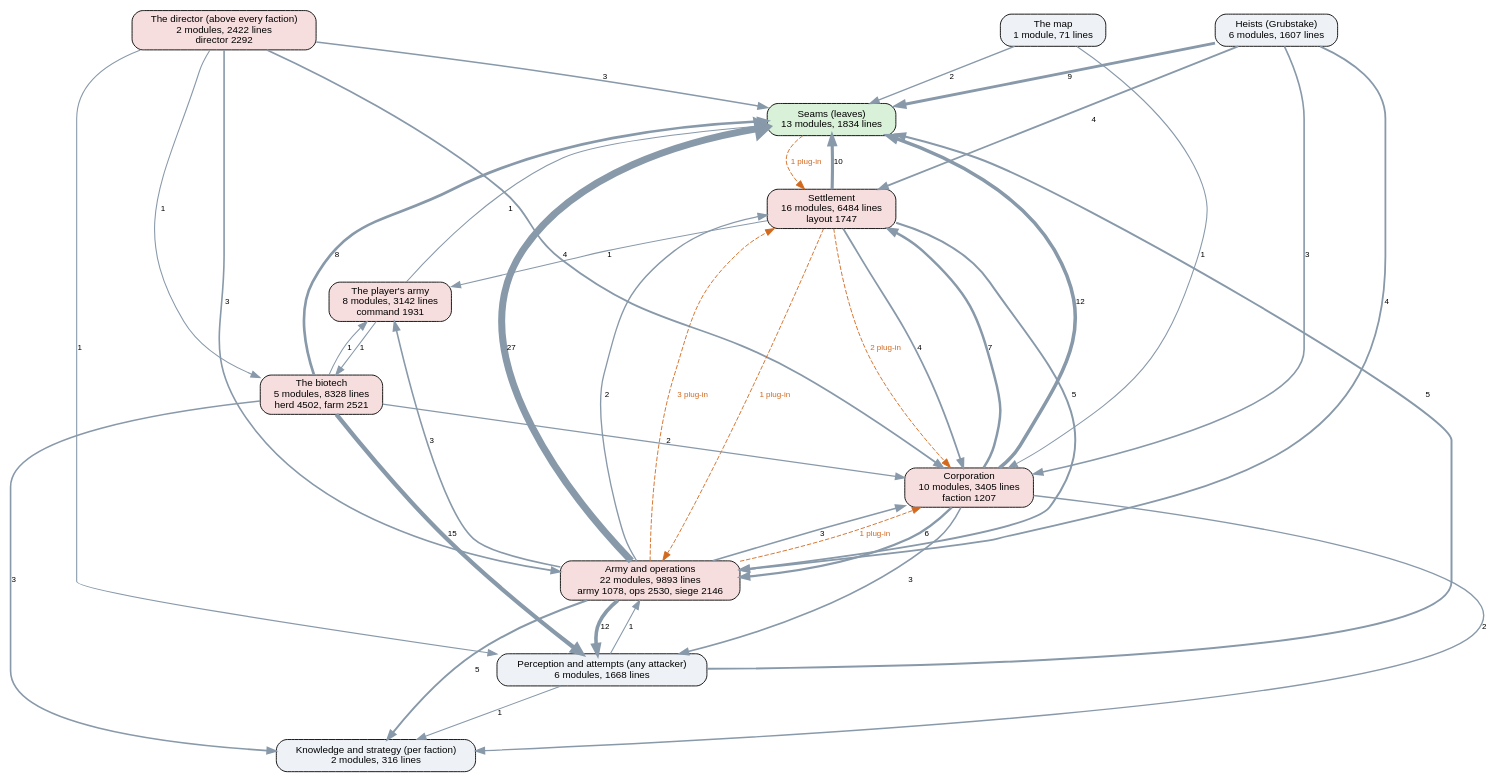
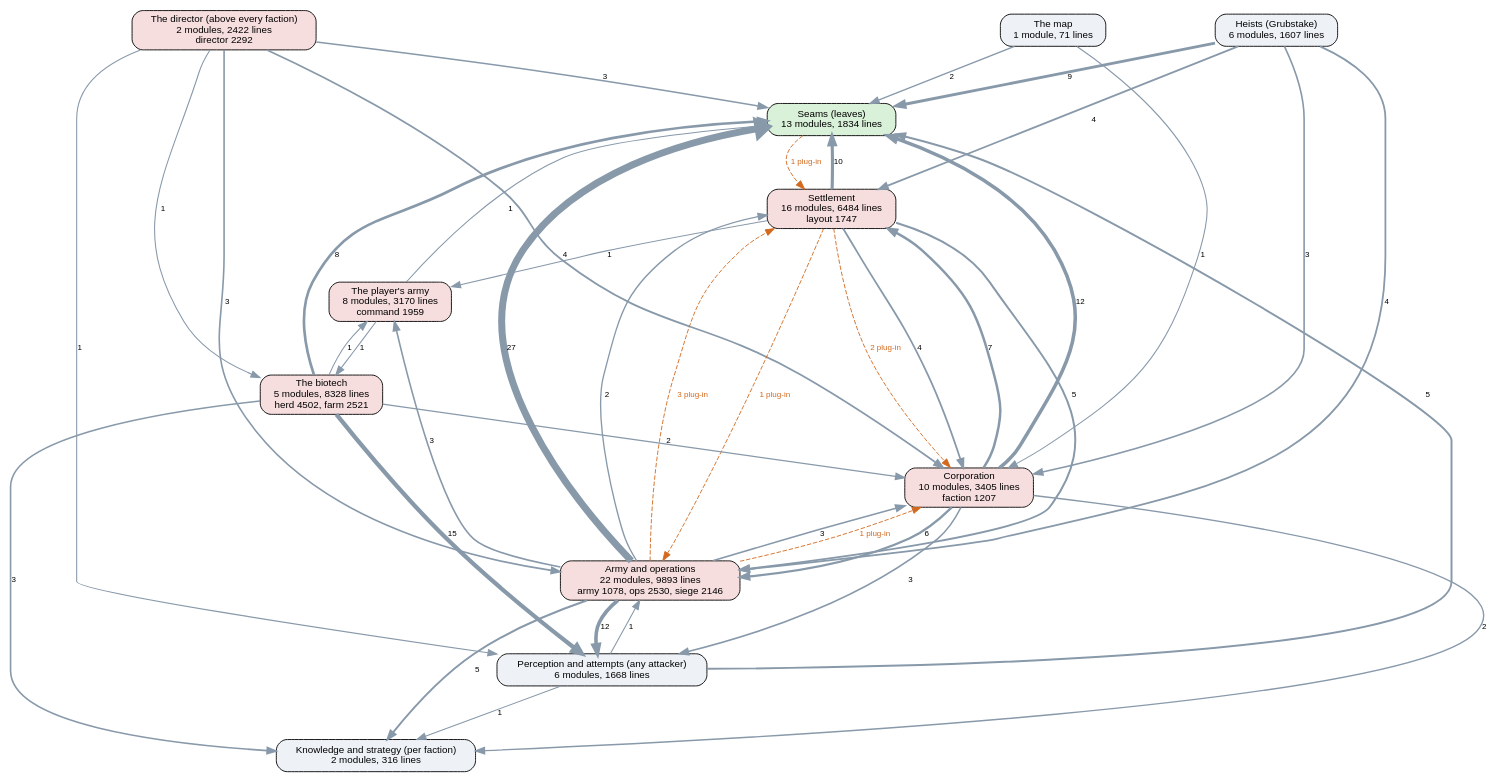
The diagram in docs/ai-layers.dot (kinelhu/landing-party), drawn with Graphviz before and after one commit. The commit also changed 17 other files, not shown here.

```diff
--- a/docs/ai-layers.dot
+++ b/docs/ai-layers.dot
@@ -1,57 +1,57 @@
 digraph layers {
   graph [rankdir=TB, fontname="Helvetica", nodesep=0.5, ranksep=0.7];
   node [shape=box, style="rounded,filled", fontname="Helvetica", fontsize=11, fillcolor="#eef2f7"];
   edge [color="#8899aa", fontname="Helvetica", fontsize=9];
   "Seams (leaves)" [label="Seams (leaves)\n13 modules, 1834 lines", fillcolor="#d9f0d9"];
   "Perception and attempts (any attacker)" [label="Perception and attempts (any attacker)\n6 modules, 1668 lines", fillcolor="#eef2f7"];
   "Knowledge and strategy (per faction)" [label="Knowledge and strategy (per faction)\n2 modules, 316 lines", fillcolor="#eef2f7"];
   "The director (above every faction)" [label="The director (above every faction)\n2 modules, 2422 lines\ndirector 2292", fillcolor="#f7dede"];
   "Corporation" [label="Corporation\n10 modules, 3405 lines\nfaction 1207", fillcolor="#f7dede"];
   "Settlement" [label="Settlement\n16 modules, 6484 lines\nlayout 1747", fillcolor="#f7dede"];
   "Army and operations" [label="Army and operations\n22 modules, 9893 lines\narmy 1078, ops 2530, siege 2146", fillcolor="#f7dede"];
   "Heists (Grubstake)" [label="Heists (Grubstake)\n6 modules, 1607 lines", fillcolor="#eef2f7"];
   "The biotech" [label="The biotech\n5 modules, 8328 lines\nherd 4502, farm 2521", fillcolor="#f7dede"];
   "The map" [label="The map\n1 module, 71 lines", fillcolor="#eef2f7"];
-  "The player's army" [label="The player's army\n8 modules, 3142 lines\ncommand 1931", fillcolor="#f7dede"];
+  "The player's army" [label="The player's army\n8 modules, 3170 lines\ncommand 1959", fillcolor="#f7dede"];
   "Army and operations" -> "Corporation" [label="3", penwidth=1.8];
   "Army and operations" -> "Knowledge and strategy (per faction)" [label="5", penwidth=2.2];
   "Army and operations" -> "Perception and attempts (any attacker)" [label="12", penwidth=4.0];
   "Army and operations" -> "Seams (leaves)" [label="27", penwidth=7.8];
   "Army and operations" -> "Settlement" [label="2", penwidth=1.5];
   "Army and operations" -> "The player's army" [label="3", penwidth=1.8];
   "Corporation" -> "Army and operations" [label="6", penwidth=2.5];
   "Corporation" -> "Knowledge and strategy (per faction)" [label="2", penwidth=1.5];
   "Corporation" -> "Perception and attempts (any attacker)" [label="3", penwidth=1.8];
   "Corporation" -> "Seams (leaves)" [label="12", penwidth=4.0];
   "Corporation" -> "Settlement" [label="7", penwidth=2.8];
   "Heists (Grubstake)" -> "Army and operations" [label="4", penwidth=2.0];
   "Heists (Grubstake)" -> "Corporation" [label="3", penwidth=1.8];
   "Heists (Grubstake)" -> "Seams (leaves)" [label="9", penwidth=3.2];
   "Heists (Grubstake)" -> "Settlement" [label="4", penwidth=2.0];
   "Perception and attempts (any attacker)" -> "Army and operations" [label="1", penwidth=1.2];
   "Perception and attempts (any attacker)" -> "Knowledge and strategy (per faction)" [label="1", penwidth=1.2];
   "Perception and attempts (any attacker)" -> "Seams (leaves)" [label="5", penwidth=2.2];
   "Settlement" -> "Army and operations" [label="5", penwidth=2.2];
   "Settlement" -> "Corporation" [label="4", penwidth=2.0];
   "Settlement" -> "Seams (leaves)" [label="10", penwidth=3.5];
   "Settlement" -> "The player's army" [label="1", penwidth=1.2];
   "The biotech" -> "Corporation" [label="2", penwidth=1.5];
   "The biotech" -> "Knowledge and strategy (per faction)" [label="3", penwidth=1.8];
   "The biotech" -> "Perception and attempts (any attacker)" [label="15", penwidth=4.8];
   "The biotech" -> "Seams (leaves)" [label="8", penwidth=3.0];
   "The biotech" -> "The player's army" [label="1", penwidth=1.2];
   "The director (above every faction)" -> "Army and operations" [label="3", penwidth=1.8];
   "The director (above every faction)" -> "Corporation" [label="4", penwidth=2.0];
   "The director (above every faction)" -> "Perception and attempts (any attacker)" [label="1", penwidth=1.2];
   "The director (above every faction)" -> "Seams (leaves)" [label="3", penwidth=1.8];
   "The director (above every faction)" -> "The biotech" [label="1", penwidth=1.2];
   "The map" -> "Corporation" [label="1", penwidth=1.2];
   "The map" -> "Seams (leaves)" [label="2", penwidth=1.5];
   "The player's army" -> "Seams (leaves)" [label="1", penwidth=1.2];
   "The player's army" -> "The biotech" [label="1", penwidth=1.2];
   "Army and operations" -> "Corporation" [style=dashed, color="#d2691e", fontcolor="#d2691e", label="1 plug-in"];
   "Army and operations" -> "Settlement" [style=dashed, color="#d2691e", fontcolor="#d2691e", label="3 plug-in"];
   "Seams (leaves)" -> "Settlement" [style=dashed, color="#d2691e", fontcolor="#d2691e", label="1 plug-in"];
   "Settlement" -> "Army and operations" [style=dashed, color="#d2691e", fontcolor="#d2691e", label="1 plug-in"];
   "Settlement" -> "Corporation" [style=dashed, color="#d2691e", fontcolor="#d2691e", label="2 plug-in"];
 }
```
